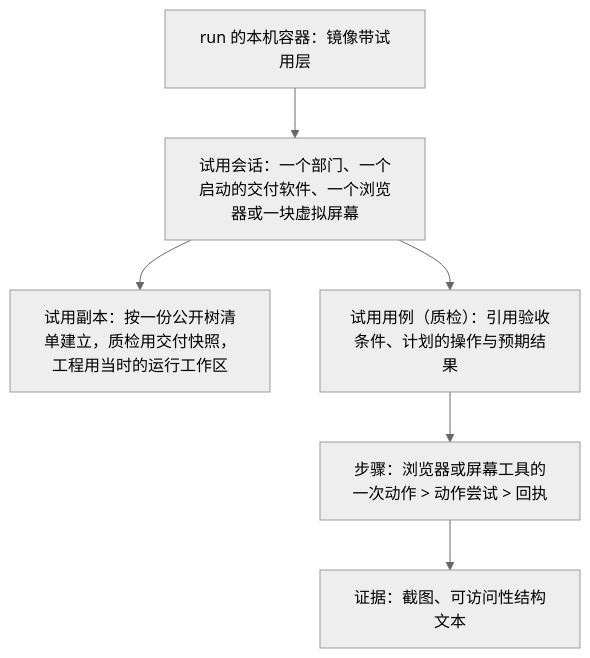
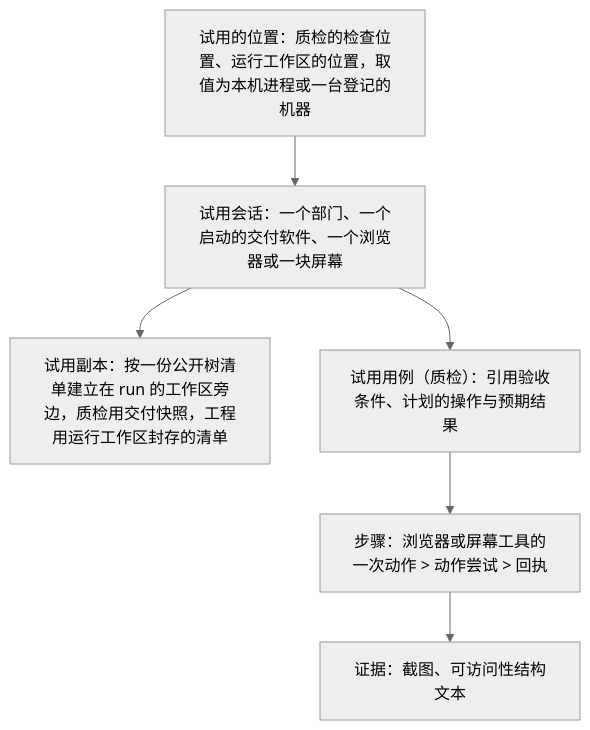
The first of 4 diagrams in docs/design/browser-and-computer-use.md (bender2333/yudao), drawn with Mermaid (neutral theme) before and after one commit. The commit also changed other lines of this file and 29 other files, not shown here.

````diff
--- a/docs/design/browser-and-computer-use.md
+++ b/docs/design/browser-and-computer-use.md
@@ -27,11 +27,11 @@
 ```mermaid
 flowchart TB
-  C["run 的本机容器：镜像带试用层"]
-  S["试用会话：一个部门、一个启动的交付软件、一个浏览器或一块虚拟屏幕"]
-  T["试用副本：按一份公开树清单建立，质检用交付快照，工程用当时的运行工作区"]
+  C["试用的位置：质检的检查位置、运行工作区的位置，取值为本机进程或一台登记的机器"]
+  S["试用会话：一个部门、一个启动的交付软件、一个浏览器或一块屏幕"]
+  T["试用副本：按一份公开树清单建立在 run 的工作区旁边，质检用交付快照，工程用运行工作区封存的清单"]
   K["试用用例（质检）：引用验收条件、计划的操作与预期结果"]
   A["步骤：浏览器或屏幕工具的一次动作 > 动作尝试 > 回执"]
   E["证据：截图、可访问性结构文本"]
   C --> S --> T
   S --> K --> A --> E
 ```
````
